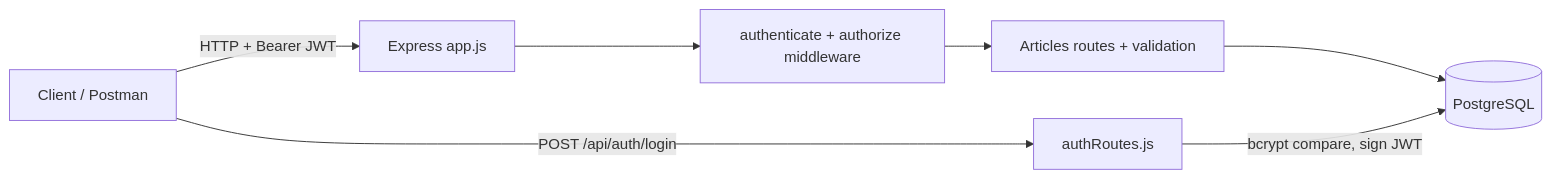
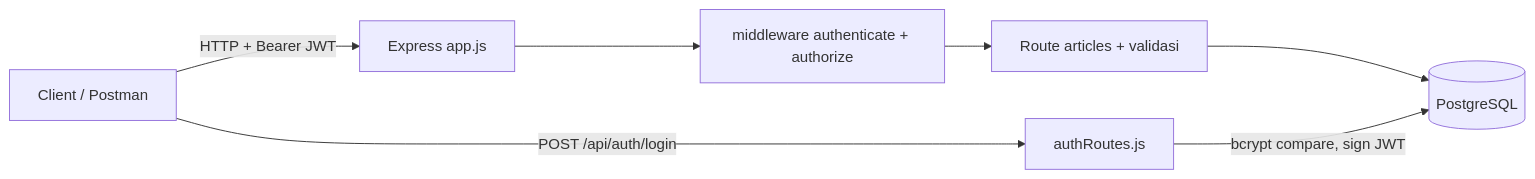
One commit to farprima/digivla-media-monitoring-js changed the second of 2 diagrams in README.md. Above: the diagram before and after it, drawn with Mermaid. The commit also changed other lines of this file, not shown here.

````diff
--- a/README.md
+++ b/README.md
@@ -159,9 +159,9 @@
 ```mermaid
 flowchart LR
     C[Client / Postman] -->|HTTP + Bearer JWT| A[Express app.js]
-    A --> M[authenticate + authorize middleware]
-    M --> R[Articles routes + validation]
+    A --> M[middleware authenticate + authorize]
+    M --> R[Route articles + validasi]
     R --> DB[(PostgreSQL)]
     C -->|POST /api/auth/login| L[authRoutes.js]
     L -->|bcrypt compare, sign JWT| DB
 ```
````
